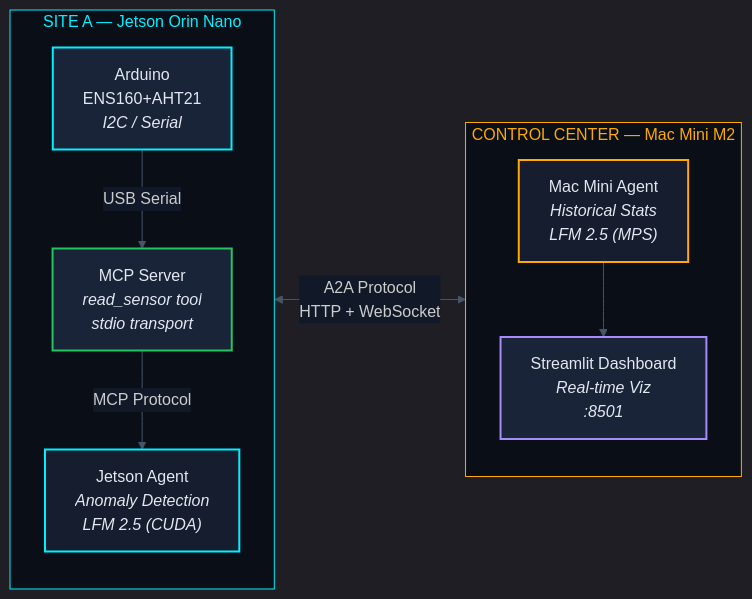
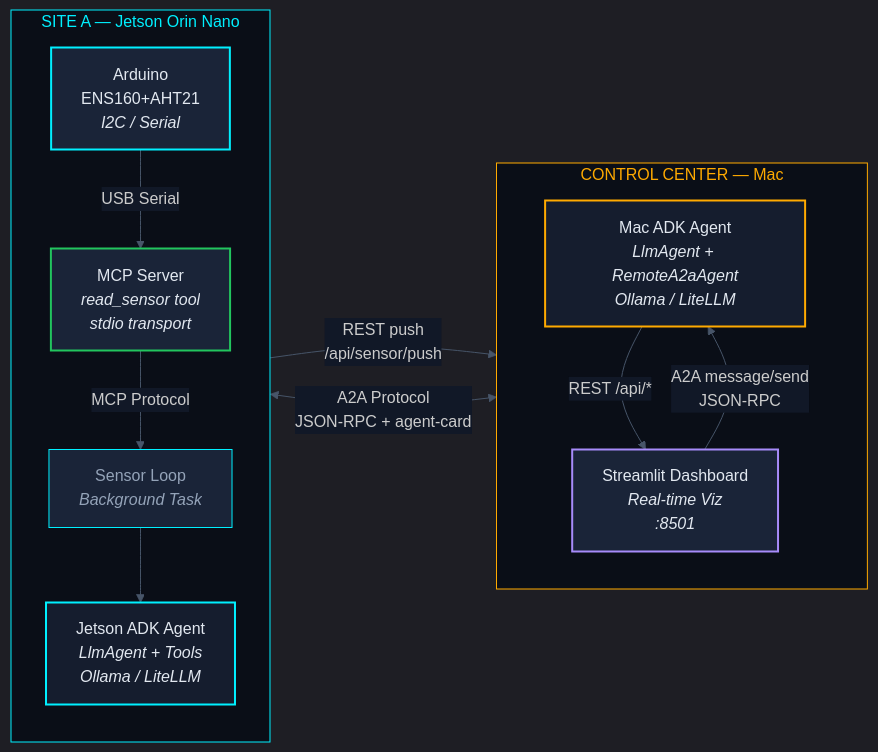
One commit to codecube/AgentEdge changed the diagram in docs/diagrams/readme_architecture.mmd. Above: the diagram before and after it, drawn with Mermaid. The commit also changed 4 other files, not shown here.

First line of the commit message:
Update Mermaid architecture diagrams for ADK migration

```diff
--- a/docs/diagrams/readme_architecture.mmd
+++ b/docs/diagrams/readme_architecture.mmd
@@ -1,28 +1,33 @@
 %%{init: {'theme': 'dark', 'themeVariables': {'primaryColor': '#151d2e', 'primaryTextColor': '#e2e8f0', 'primaryBorderColor': '#334155', 'lineColor': '#475569', 'secondaryColor': '#1a2438', 'tertiaryColor': '#0a0e17', 'edgeLabelBackground': '#111827', 'clusterBkg': '#111827', 'clusterBorder': '#1e293b'}}}%%
 
 graph LR
     subgraph SITE_A["SITE A — Jetson Orin Nano"]
         direction TB
         ARDUINO["Arduino<br/>ENS160+AHT21<br/><i>I2C / Serial</i>"]
         MCP["MCP Server<br/><i>read_sensor tool</i><br/><i>stdio transport</i>"]
-        JETSON["Jetson Agent<br/><i>Anomaly Detection</i><br/><i>LFM 2.5 (CUDA)</i>"]
+        JETSON["Jetson ADK Agent<br/><i>LlmAgent + Tools</i><br/><i>Ollama / LiteLLM</i>"]
+        SENSOR_LOOP["Sensor Loop<br/><i>Background Task</i>"]
         ARDUINO -->|"USB Serial"| MCP
-        MCP -->|"MCP Protocol"| JETSON
+        MCP -->|"MCP Protocol"| SENSOR_LOOP
+        SENSOR_LOOP --> JETSON
     end
 
-    subgraph CONTROL["CONTROL CENTER — Mac Mini M2"]
+    subgraph CONTROL["CONTROL CENTER — Mac"]
         direction TB
-        MACMINI["Mac Mini Agent<br/><i>Historical Stats</i><br/><i>LFM 2.5 (MPS)</i>"]
+        MAC["Mac ADK Agent<br/><i>LlmAgent + RemoteA2aAgent</i><br/><i>Ollama / LiteLLM</i>"]
         DASHBOARD["Streamlit Dashboard<br/><i>Real-time Viz</i><br/><i>:8501</i>"]
-        MACMINI --> DASHBOARD
+        MAC -->|"REST /api/*"| DASHBOARD
     end
 
-    JETSON <-->|"A2A Protocol<br/>HTTP + WebSocket"| MACMINI
+    SENSOR_LOOP -->|"REST push<br/>/api/sensor/push"| MAC
+    JETSON <-->|"A2A Protocol<br/>JSON-RPC + agent-card"| MAC
+    DASHBOARD -->|"A2A message/send<br/>JSON-RPC"| MAC
 
     style ARDUINO fill:#1a2438,stroke:#00f0ff,stroke-width:2px,color:#e2e8f0
     style MCP fill:#1a2438,stroke:#22c55e,stroke-width:2px,color:#e2e8f0
+    style SENSOR_LOOP fill:#1a2438,stroke:#00f0ff,stroke-width:1px,color:#94a3b8
     style JETSON fill:#151d2e,stroke:#00f0ff,stroke-width:2px,color:#e2e8f0
-    style MACMINI fill:#151d2e,stroke:#ffaa00,stroke-width:2px,color:#e2e8f0
+    style MAC fill:#151d2e,stroke:#ffaa00,stroke-width:2px,color:#e2e8f0
     style DASHBOARD fill:#1a2438,stroke:#a78bfa,stroke-width:2px,color:#e2e8f0
     style SITE_A fill:#0a0e17,stroke:#00f0ff,stroke-width:1px,color:#00f0ff
     style CONTROL fill:#0a0e17,stroke:#ffaa00,stroke-width:1px,color:#ffaa00
```
